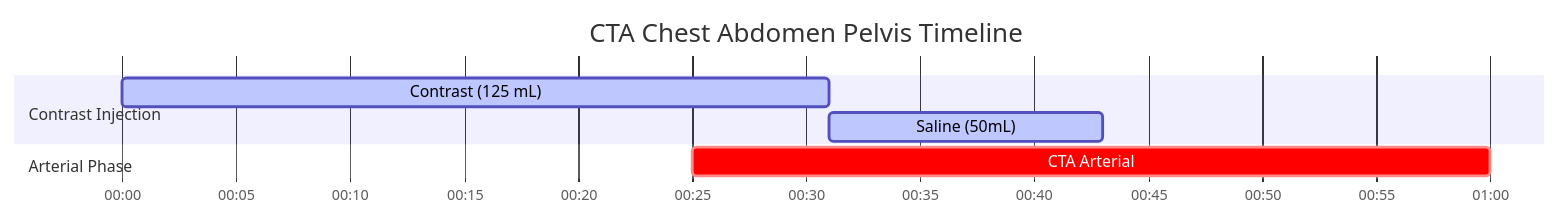
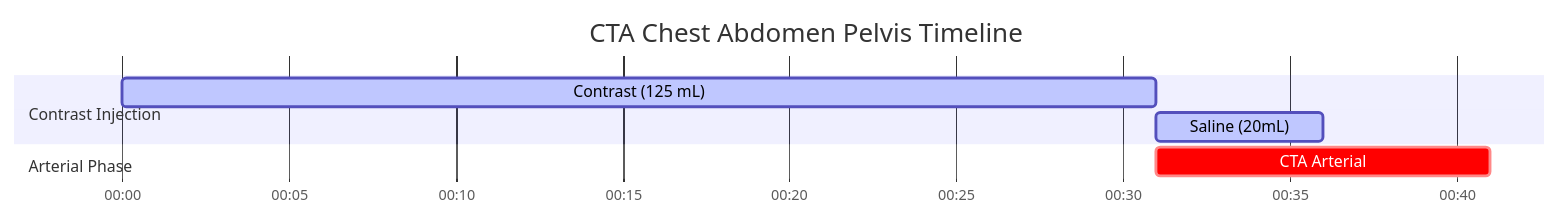
The diagram in docs/ct/vascular/cta-chest-abdomen-pelvis.md (dfergs93/radiology-protocols), drawn with Mermaid before and after one commit. The commit also changed other lines of this file and 113 other files, not shown here.

````diff
--- a/docs/ct/vascular/cta-chest-abdomen-pelvis.md
+++ b/docs/ct/vascular/cta-chest-abdomen-pelvis.md
@@ -83,16 +84,16 @@
   ```mermaid
   ---
   config:
     theme: default
   ---
     gantt
       title CTA Chest Abdomen Pelvis Timeline
       dateFormat mm:ss
       axisFormat %M:%S 
       
       section Contrast Injection
       Contrast (125 mL)    :active, contrast, 00:00, 31s
-      Saline (50mL)          :active, saline, after contrast, 12s
+      Saline (20mL)          :active, saline, after contrast, 5s
       section Arterial Phase
-      CTA Arterial    :crit, scan1, 00:25, 35s
+      CTA Arterial    :crit, scan1, after contrast, 10s
   ```
````
